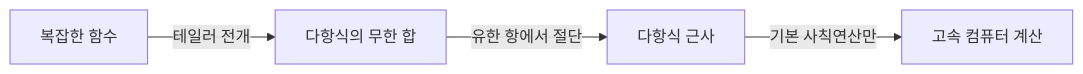
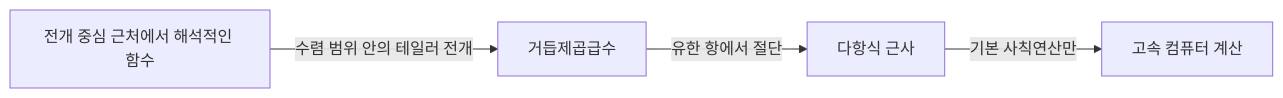
The diagram in content/post/taylor-and-maclaurin-series/index.ko.md (kenjinote/blog), drawn with Mermaid before and after one commit. The commit also changed other lines of this file and 8 other files, not shown here.

````diff
--- a/content/post/taylor-and-maclaurin-series/index.ko.md
+++ b/content/post/taylor-and-maclaurin-series/index.ko.md
@@ -25,6 +26,6 @@
 ```mermaid
 flowchart LR
-    A["복잡한 함수"] -->|"테일러 전개"| B["다항식의 무한 합"]
+    A["전개 중심 근처에서 해석적인 함수"] -->|"수렴 범위 안의 테일러 전개"| B["거듭제곱급수"]
     B -->|"유한 항에서 절단"| C["다항식 근사"]
     C -->|"기본 사칙연산만"| D["고속 컴퓨터 계산"]
 ```
````
